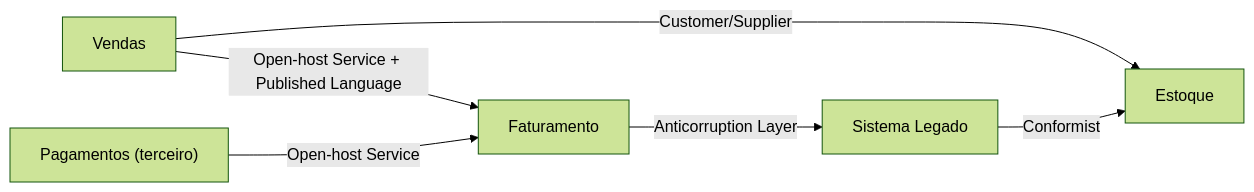
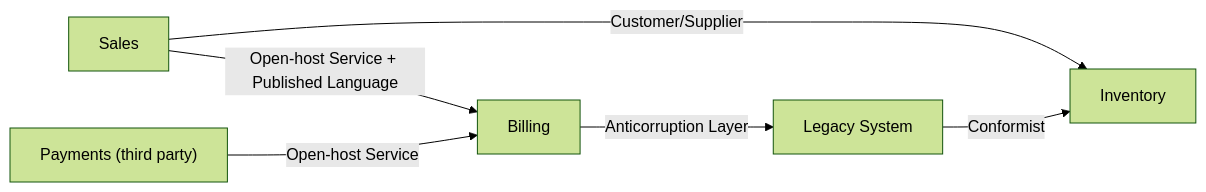
One commit to alancesar/design-patterns changed the diagram in docs/application/ddd/context-mapping/context-map.md. Above: the diagram before and after it, drawn with Mermaid (forest theme). The commit also changed 258 other files, not shown here.

First line of the commit message:
Translate Mermaid diagrams to English

````diff
--- a/docs/application/ddd/context-mapping/context-map.md
+++ b/docs/application/ddd/context-mapping/context-map.md
@@ -55,8 +55,8 @@
 ```mermaid
 flowchart LR
-    V["Vendas"] -->|"Open-host Service + Published Language"| F["Faturamento"]
-    V -->|"Customer/Supplier"| E["Estoque"]
-    L["Sistema Legado"] -->|"Conformist"| E
+    V["Sales"] -->|"Open-host Service + Published Language"| F["Billing"]
+    V -->|"Customer/Supplier"| E["Inventory"]
+    L["Legacy System"] -->|"Conformist"| E
     F -->|"Anticorruption Layer"| L
-    P["Pagamentos (terceiro)"] -->|"Open-host Service"| F
+    P["Payments (third party)"] -->|"Open-host Service"| F
 ```
````
